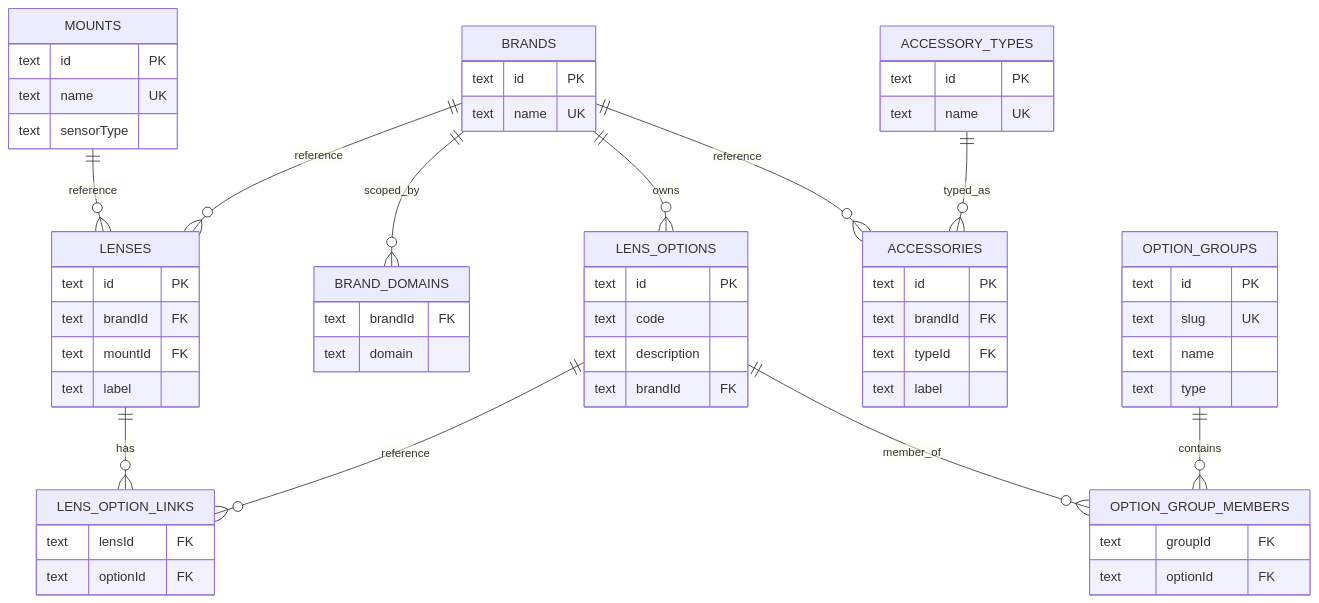
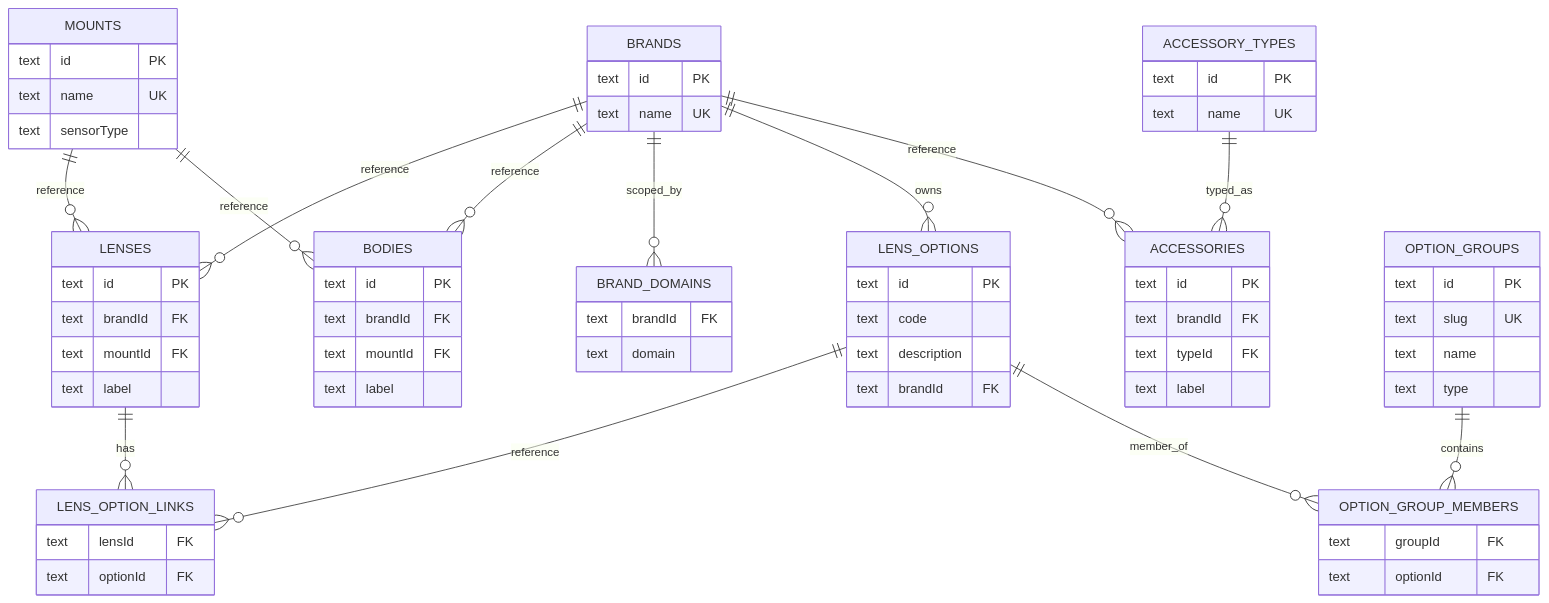
Before and after one commit to ThibaultAuge/PhotoPark: the second of 2 diagrams in README.md, drawn with Mermaid. The commit also changed other lines of this file and 11 other files, not shown here.

````diff
--- a/README.md
+++ b/README.md
@@ -302,63 +339,71 @@
 ```mermaid
 erDiagram
     BRANDS ||--o{ LENSES : reference
+    BRANDS ||--o{ BODIES : reference
     BRANDS ||--o{ BRAND_DOMAINS : scoped_by
     BRANDS ||--o{ LENS_OPTIONS : owns
     BRANDS ||--o{ ACCESSORIES : reference
     MOUNTS ||--o{ LENSES : reference
+    MOUNTS ||--o{ BODIES : reference
     LENSES ||--o{ LENS_OPTION_LINKS : has
     LENS_OPTIONS ||--o{ LENS_OPTION_LINKS : reference
     OPTION_GROUPS ||--o{ OPTION_GROUP_MEMBERS : contains
     LENS_OPTIONS ||--o{ OPTION_GROUP_MEMBERS : member_of
     ACCESSORY_TYPES ||--o{ ACCESSORIES : typed_as
 
     BRANDS {
         text id PK
         text name UK
     }
     BRAND_DOMAINS {
         text brandId FK
         text domain
     }
     MOUNTS {
         text id PK
         text name UK
         text sensorType
     }
     LENS_OPTIONS {
         text id PK
         text code
         text description
         text brandId FK
     }
     LENSES {
         text id PK
         text brandId FK
         text mountId FK
         text label
     }
+    BODIES {
+        text id PK
+        text brandId FK
+        text mountId FK
+        text label
+    }
     LENS_OPTION_LINKS {
         text lensId FK
         text optionId FK
     }
     OPTION_GROUPS {
         text id PK
         text slug UK
         text name
         text type
     }
     OPTION_GROUP_MEMBERS {
         text groupId FK
         text optionId FK
     }
     ACCESSORY_TYPES {
         text id PK
         text name UK
     }
     ACCESSORIES {
         text id PK
         text brandId FK
         text typeId FK
         text label
     }
 ```
````
